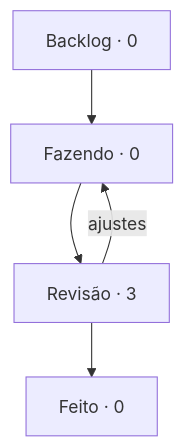
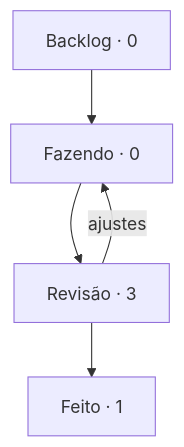
The diagram in boards/harness/BOARD.md (StudioVibi/VibiKanban), drawn with Mermaid before and after one commit. The commit also changed other lines of this file and 2 other files, not shown here.

````diff
--- a/boards/harness/BOARD.md
+++ b/boards/harness/BOARD.md
@@ -5,10 +5,10 @@
 ```mermaid
 flowchart TD
   backlog["Backlog · 0"] --> doing["Fazendo · 0"]
   doing --> review["Revisão · 3"]
-  review --> done["Feito · 0"]
+  review --> done["Feito · 1"]
   review -->|ajustes| doing
   doing:::blue
   review:::yellow
   done:::green
 ```
````
